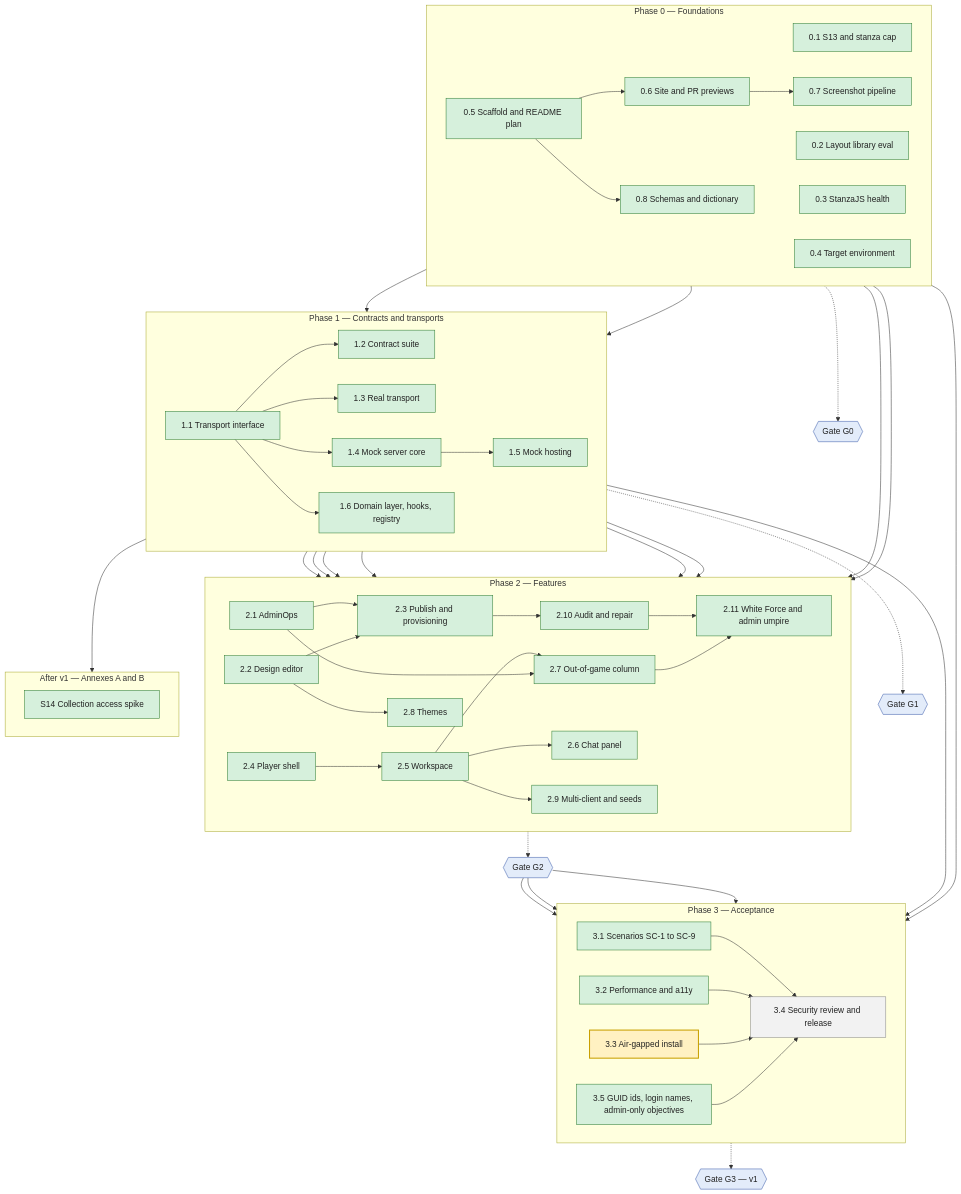
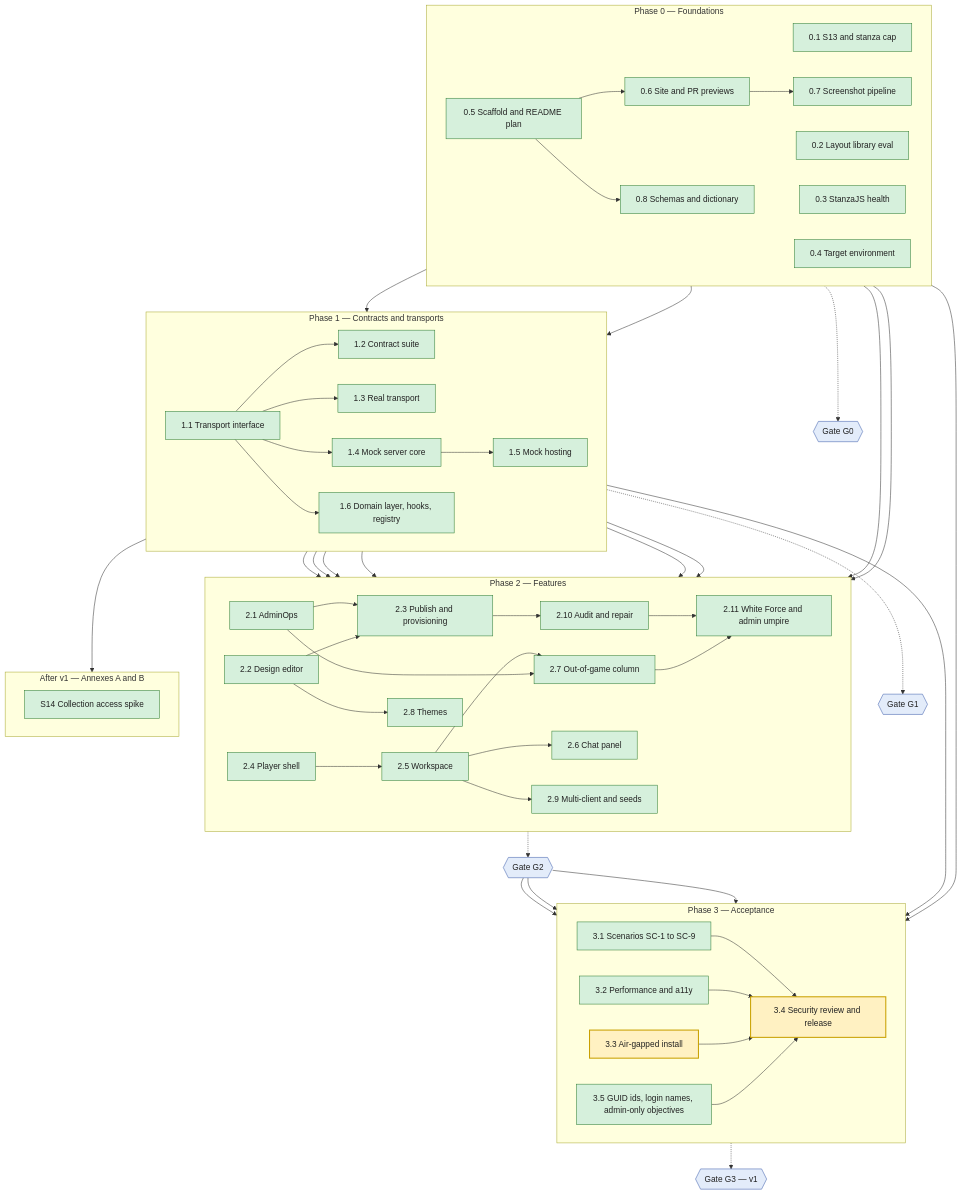
Before and after one commit to serge-web/war-rooms-x2: the diagram in README.md, drawn with Mermaid. The commit also changed 1 other file, not shown here.

Commit message:
WP 3.4 brief: fix own-role lookup and login-name changes, then the v1 security review
Claude-Session: https://claude.ai/code/session_01TY1E6c57xxT5mxvjEfpJhn

````diff
--- a/README.md
+++ b/README.md
@@ -87,8 +87,7 @@
     classDef active fill:#fff1c2,stroke:#c9a000,color:#222,stroke-width:2px
     classDef done fill:#d6f0dc,stroke:#2e7d32,color:#222
     classDef gate fill:#e3ecfa,stroke:#3b5bab,color:#222
-    class wp34 todo
-    class wp33 active
+    class wp33,wp34 active
     class wp01,wp02,wp03,wp04,wp05,wp06,wp07,wp08,wp11,wp12,wp13,wp14,wp15,wp16,wp21,wp22,wp23,wp24,wp25,wp26,wp27,wp28,wp29,wp210,wp211,wp31,wp32,wp35,wps14 done
     class G0,G1,G2,G3 gate
 ```
````
